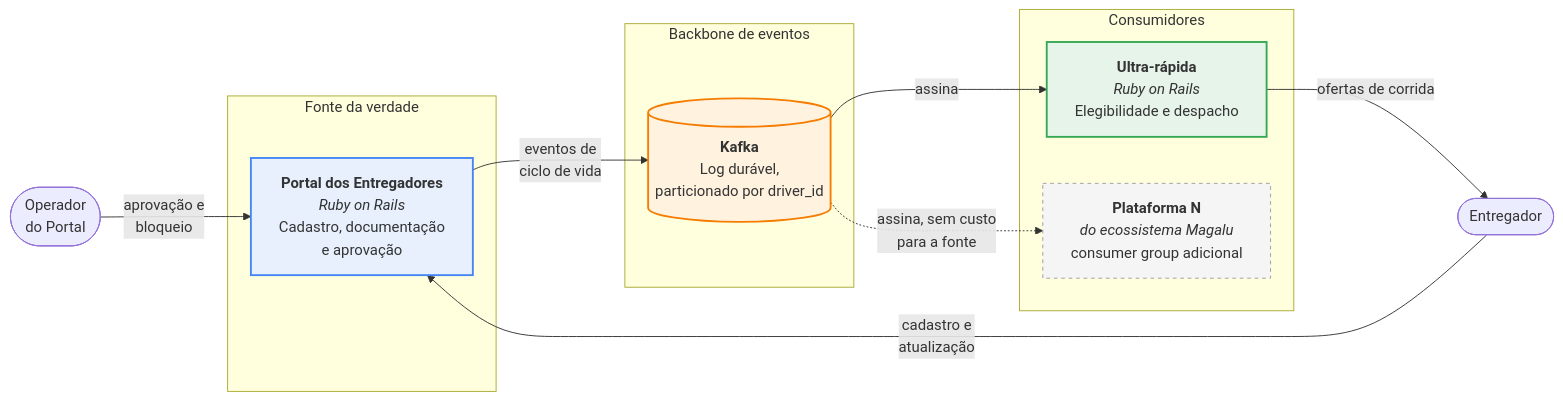
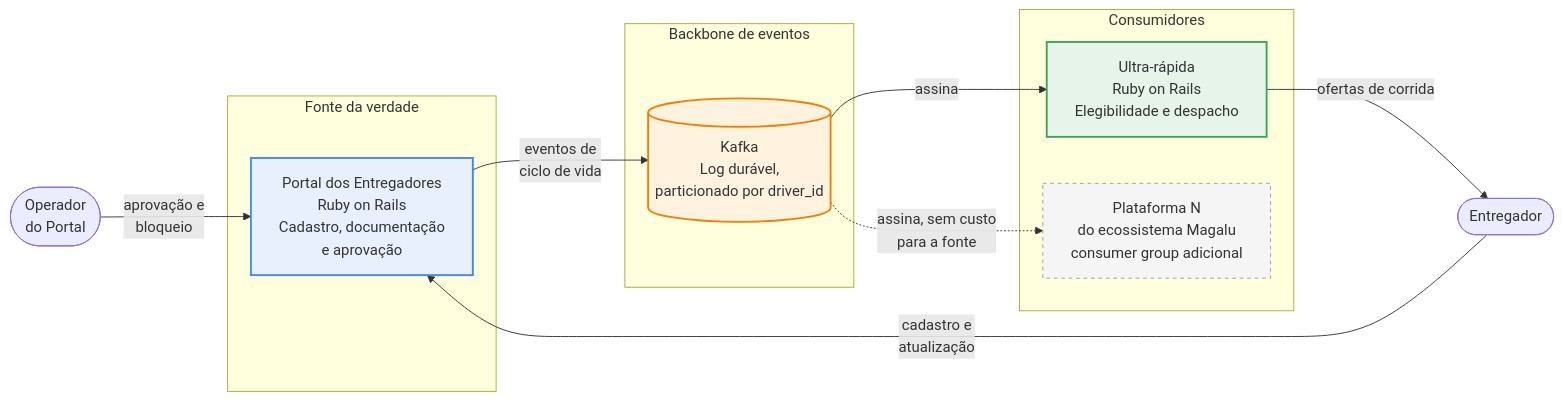
One commit to elysonromeiro/luizalabs-driver-sync-sdd changed the first of 6 diagrams in docs/01-arquitetura.md. Above: the diagram before and after it, drawn with Mermaid. The commit also changed other lines of this file and 5 other files, not shown here.

````diff
--- a/docs/01-arquitetura.md
+++ b/docs/01-arquitetura.md
@@ -9,30 +9,30 @@
 ```mermaid
 flowchart LR
     subgraph fonte["Fonte da verdade"]
-        portal["<b>Portal dos Entregadores</b><br/><i>Ruby on Rails</i><br/>Cadastro, documentação<br/>e aprovação"]
+        portal["Portal dos Entregadores<br/>Ruby on Rails<br/>Cadastro, documentação<br/>e aprovação"]
     end
 
     subgraph backbone["Backbone de eventos"]
-        kafka[("<b>Kafka</b><br/>Log durável,<br/>particionado por driver_id")]
+        kafka[("Kafka<br/>Log durável,<br/>particionado por driver_id")]
     end
 
     subgraph consumidores["Consumidores"]
-        ultra["<b>Ultra-rápida</b><br/><i>Ruby on Rails</i><br/>Elegibilidade e despacho"]
-        futuro["<b>Plataforma N</b><br/><i>do ecossistema Magalu</i><br/>consumer group adicional"]
+        ultra["Ultra-rápida<br/>Ruby on Rails<br/>Elegibilidade e despacho"]
+        futuro["Plataforma N<br/>do ecossistema Magalu<br/>consumer group adicional"]
     end
 
     entregador(["Entregador"])
     operador(["Operador<br/>do Portal"])
 
     entregador -->|"cadastro e<br/>atualização"| portal
     operador -->|"aprovação e<br/>bloqueio"| portal
     portal -->|"eventos de<br/>ciclo de vida"| kafka
     kafka -->|"assina"| ultra
     kafka -.->|"assina, sem custo<br/>para a fonte"| futuro
     ultra -->|"ofertas de corrida"| entregador
 
     style portal fill:#e8f0fe,stroke:#4285f4,stroke-width:2px
     style kafka fill:#fff3e0,stroke:#f57c00,stroke-width:2px
     style ultra fill:#e6f4ea,stroke:#34a853,stroke-width:2px
     style futuro fill:#f5f5f5,stroke:#9e9e9e,stroke-width:1px,stroke-dasharray: 4 4
 ```
````
